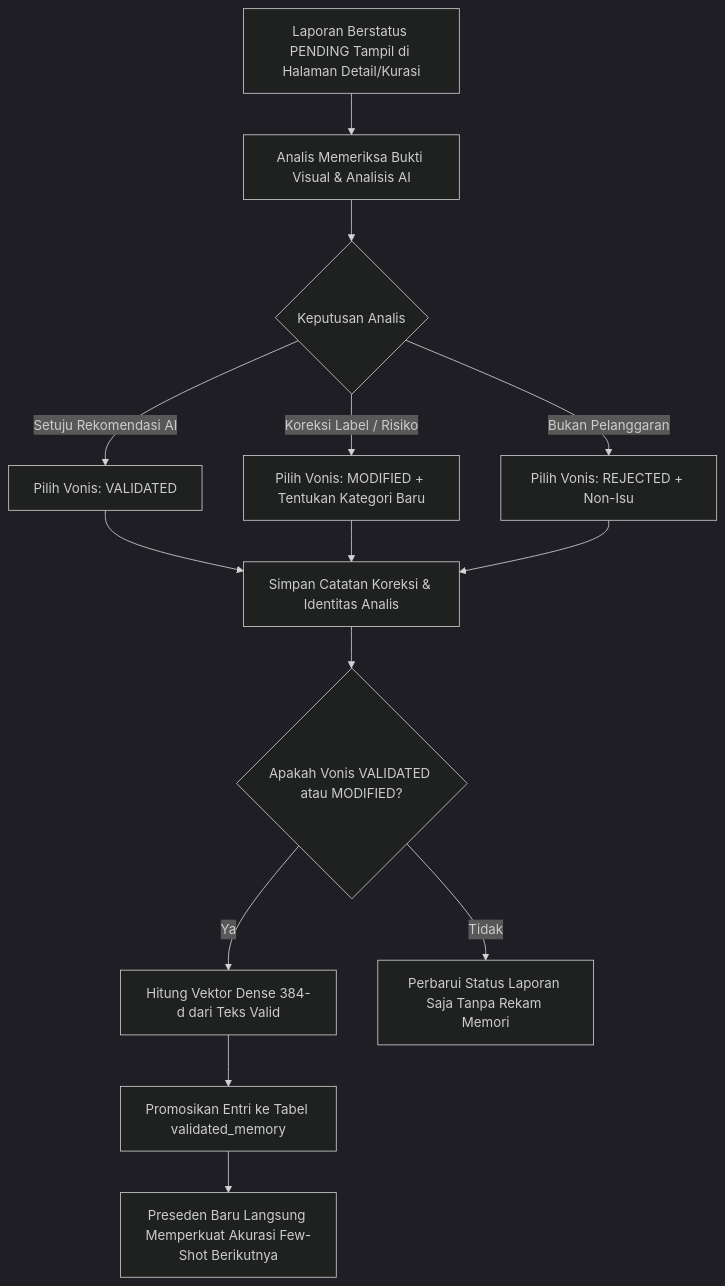
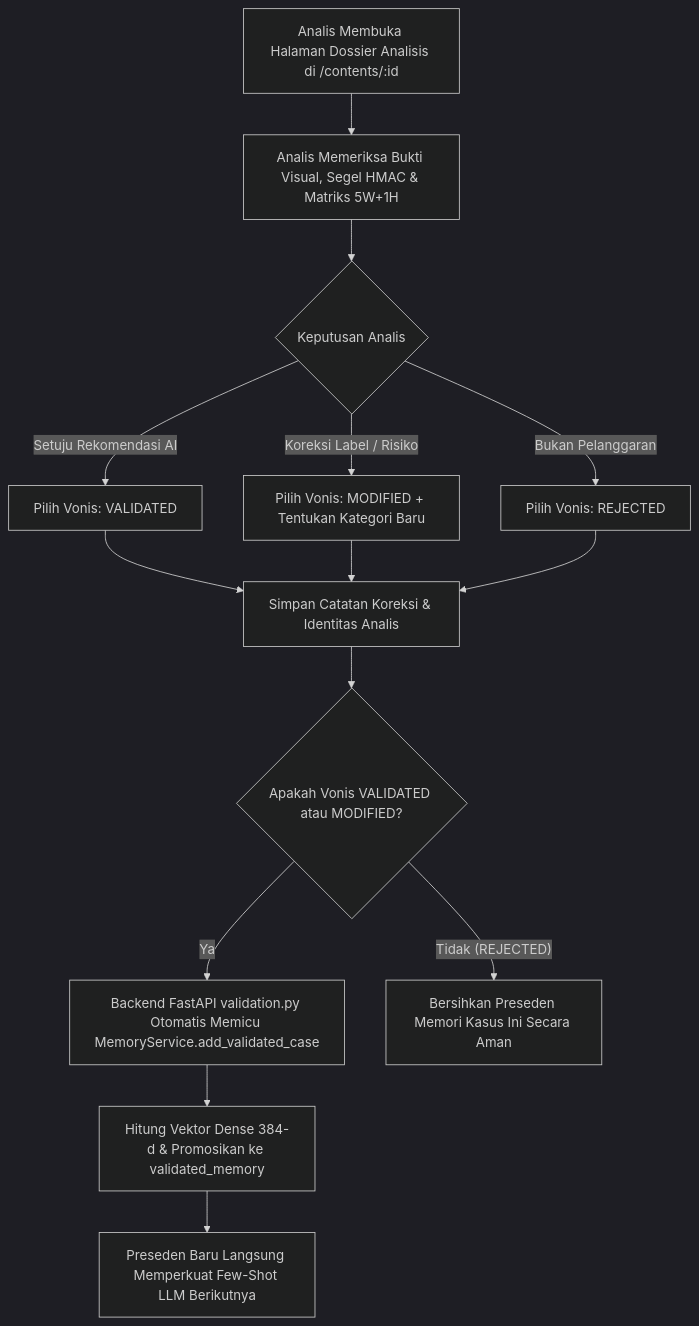
The tenth of 13 diagrams in SYSTEM_PRD_AND_ARCHITECTURE.md (Hihanghohengg/cyber-patroli-assistant), drawn with Mermaid (dark theme) before and after one commit. The commit also changed other lines of this file, not shown here.

Commit message:
docs(prd-arch): update SYSTEM_PRD_AND_ARCHITECTURE.md to v5.2 reflecting unified cockpit, automated HITL, and anti-slop standard

````diff
--- a/SYSTEM_PRD_AND_ARCHITECTURE.md
+++ b/SYSTEM_PRD_AND_ARCHITECTURE.md
@@ -443,20 +342,20 @@
 ```mermaid
 flowchart TD
-    A[Laporan Berstatus PENDING Tampil di Halaman Detail/Kurasi] --> B[Analis Memeriksa Bukti Visual & Analisis AI]
+    A[Analis Membuka Halaman Dossier Analisis di /contents/:id] --> B[Analis Memeriksa Bukti Visual, Segel HMAC & Matriks 5W+1H]
     B --> C{Keputusan Analis}
     
     C -- Setuju Rekomendasi AI --> D[Pilih Vonis: VALIDATED]
     C -- Koreksi Label / Risiko --> E[Pilih Vonis: MODIFIED + Tentukan Kategori Baru]
-    C -- Bukan Pelanggaran --> F[Pilih Vonis: REJECTED + Non-Isu]
+    C -- Bukan Pelanggaran --> F[Pilih Vonis: REJECTED]
     
     D --> G[Simpan Catatan Koreksi & Identitas Analis]
     E --> G
     F --> G
     
     G --> H{Apakah Vonis VALIDATED atau MODIFIED?}
-    H -- Ya --> I[Hitung Vektor Dense 384-d dari Teks Valid]
-    I --> J[Promosikan Entri ke Tabel validated_memory]
-    J --> K[Preseden Baru Langsung Memperkuat Akurasi Few-Shot Berikutnya]
+    H -- Ya --> I[Backend FastAPI validation.py Otomatis Memicu MemoryService.add_validated_case]
+    I --> J[Hitung Vektor Dense 384-d & Promosikan ke validated_memory]
+    J --> K[Preseden Baru Langsung Memperkuat Few-Shot LLM Berikutnya]
     
-    H -- Tidak --> L[Perbarui Status Laporan Saja Tanpa Rekam Memori]
+    H -- Tidak (REJECTED) --> L[Bersihkan Preseden Memori Kasus Ini Secara Aman]
 ```
````
